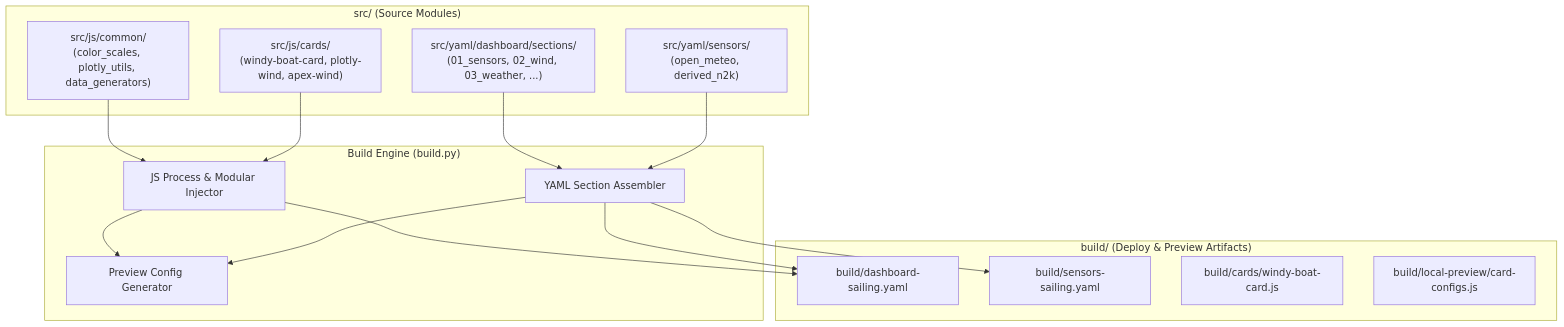
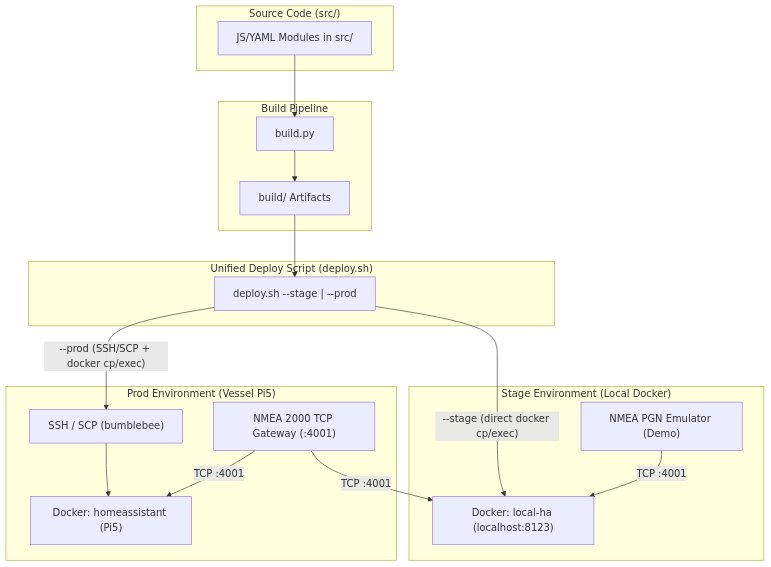
Before and after one commit to dnevera/yacht-n2k-console: the diagram in .junie/plans/ha-sailing-dash-modularization.md, drawn with Mermaid. The commit also changed other lines of this file and 35 other files, not shown here.

First line of the commit message:
feat(sailing-dash): transition to full HA Stage environment and unified deploy pipeline

````diff
--- a/.junie/plans/ha-sailing-dash-modularization.md
+++ b/.junie/plans/ha-sailing-dash-modularization.md
@@ -120,33 +48,38 @@
 ```mermaid
 graph TD
-    subgraph Source ["src/ (Source Modules)"]
-        JSCommon["src/js/common/<br/>(color_scales, plotly_utils, data_generators)"]
-        JSCards["src/js/cards/<br/>(windy-boat-card, plotly-wind, apex-wind)"]
-        YAMLSections["src/yaml/dashboard/sections/<br/>(01_sensors, 02_wind, 03_weather, ...)"]
-        YAMLSensors["src/yaml/sensors/<br/>(open_meteo, derived_n2k)"]
+    subgraph Source ["Source Code (src/)"]
+        SRC["JS/YAML Modules in src/"]
     end
 
-    subgraph Builder ["Build Engine (build.py)"]
-        ProcessJS["JS Process & Modular Injector"]
-        MergeYAML["YAML Section Assembler"]
-        GenPreview["Preview Config Generator"]
+    subgraph BuildEngine ["Build Pipeline"]
+        BuildPy["build.py"]
+        BuildArtifacts["build/ Artifacts"]
     end
 
-    subgraph Output ["build/ (Deploy & Preview Artifacts)"]
-        BuildDash["build/dashboard-sailing.yaml"]
-        BuildSensors["build/sensors-sailing.yaml"]
-        BuildCards["build/cards/windy-boat-card.js"]
-        BuildPreview["build/local-preview/card-configs.js"]
+    subgraph DeployCLI ["Unified Deploy Script (deploy.sh)"]
+        DeploySh["deploy.sh --stage | --prod"]
     end
 
-    JSCommon --> ProcessJS
-    JSCards --> ProcessJS
-    YAMLSections --> MergeYAML
-    YAMLSensors --> MergeYAML
+    subgraph StageEnv ["Stage Environment (Local Docker)"]
+        LocalDocker["Docker: local-ha (localhost:8123)"]
+        MockN2K["NMEA PGN Emulator (Demo)"]
+    end
 
-    ProcessJS --> BuildDash
-    ProcessJS --> GenPreview
-    MergeYAML --> BuildDash
-    MergeYAML --> BuildSensors
-    MergeYAML --> GenPreview
+    subgraph ProdEnv ["Prod Environment (Vessel Pi5)"]
+        RemoteSSH["SSH / SCP (bumblebee)"]
+        ProdHA["Docker: homeassistant (Pi5)"]
+        RealN2K["NMEA 2000 TCP Gateway (:4001)"]
+    end
+
+    SRC --> BuildPy
+    BuildPy --> BuildArtifacts
+    BuildArtifacts --> DeploySh
+
+    DeploySh -- "--stage (direct docker cp/exec)" --> LocalDocker
+    DeploySh -- "--prod (SSH/SCP + docker cp/exec)" --> RemoteSSH
+    RemoteSSH --> ProdHA
+
+    MockN2K -- "TCP :4001" --> LocalDocker
+    RealN2K -- "TCP :4001" --> LocalDocker
+    RealN2K -- "TCP :4001" --> ProdHA
 ```
````
